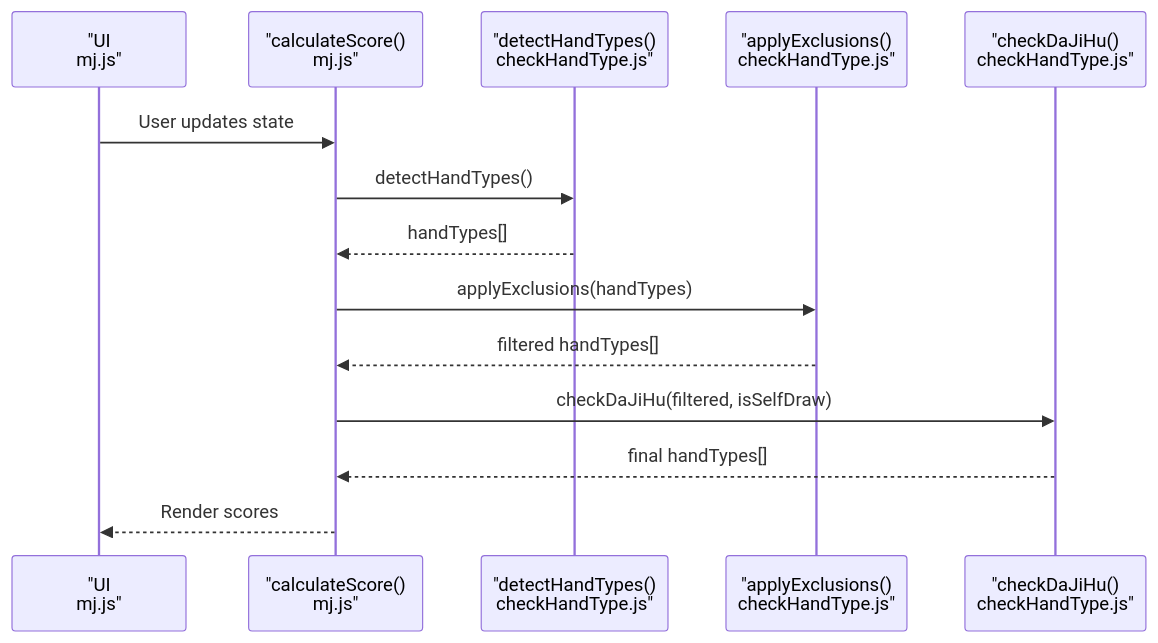
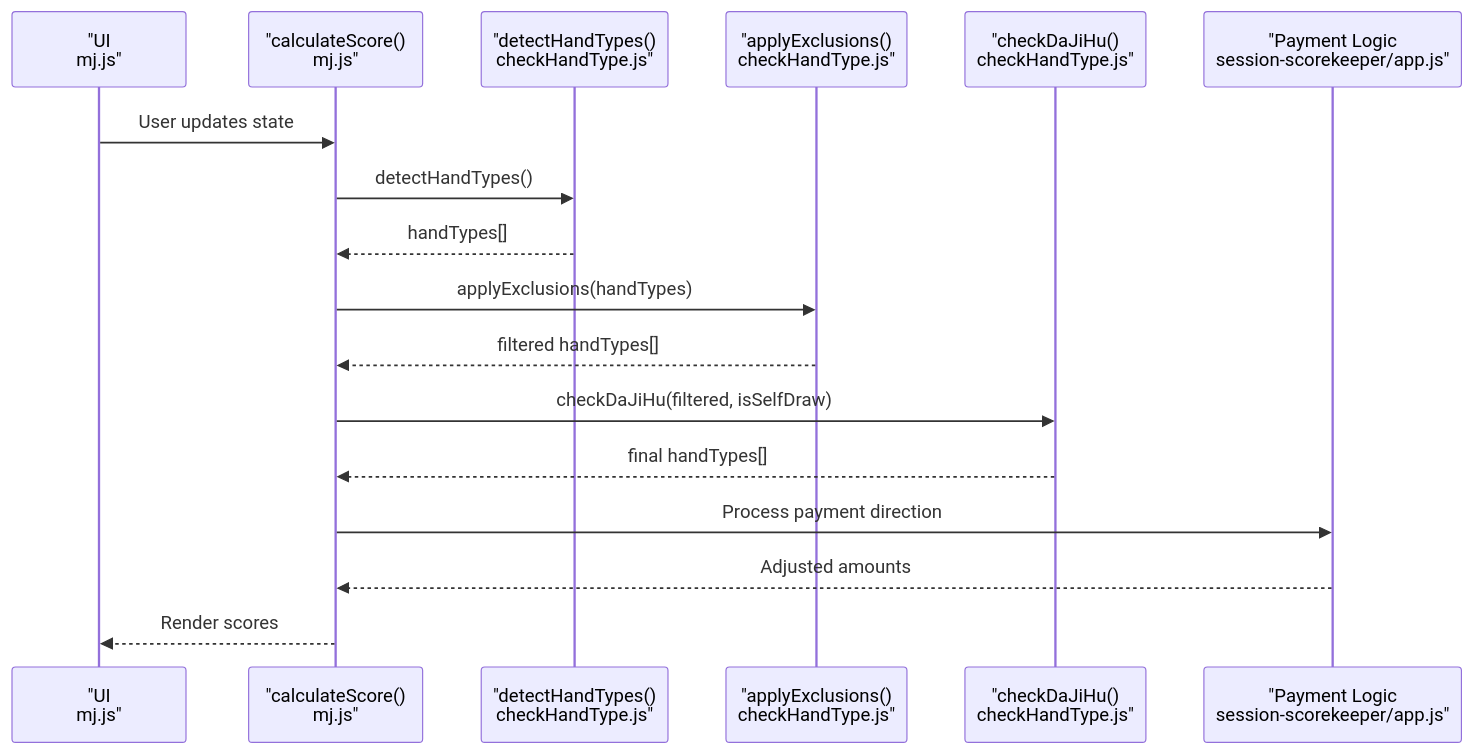
The second of 7 diagrams in .qoder/repowiki/en/content/Scoring System Reference/Scoring Algorithm and Exclusion Rules.md (stc05168/ov-mj-calculator), drawn with Mermaid before and after one commit. The commit also changed other lines of this file and 69 other files, not shown here.

````diff
--- a/.qoder/repowiki/en/content/Scoring System Reference/Scoring Algorithm and Exclusion Rules.md
+++ b/.qoder/repowiki/en/content/Scoring System Reference/Scoring Algorithm and Exclusion Rules.md
@@ -72,16 +88,19 @@
 ```mermaid
 sequenceDiagram
 participant UI as "UI<br/>mj.js"
 participant Score as "calculateScore()<br/>mj.js"
 participant Det as "detectHandTypes()<br/>checkHandType.js"
 participant Exc as "applyExclusions()<br/>checkHandType.js"
 participant Daj as "checkDaJiHu()<br/>checkHandType.js"
+participant Pay as "Payment Logic<br/>session-scorekeeper/app.js"
 UI->>Score : User updates state
 Score->>Det : detectHandTypes()
 Det-->>Score : handTypes[]
 Score->>Exc : applyExclusions(handTypes)
 Exc-->>Score : filtered handTypes[]
 Score->>Daj : checkDaJiHu(filtered, isSelfDraw)
 Daj-->>Score : final handTypes[]
+Score->>Pay : Process payment direction
+Pay-->>Score : Adjusted amounts
 Score-->>UI : Render scores
 ```
````
